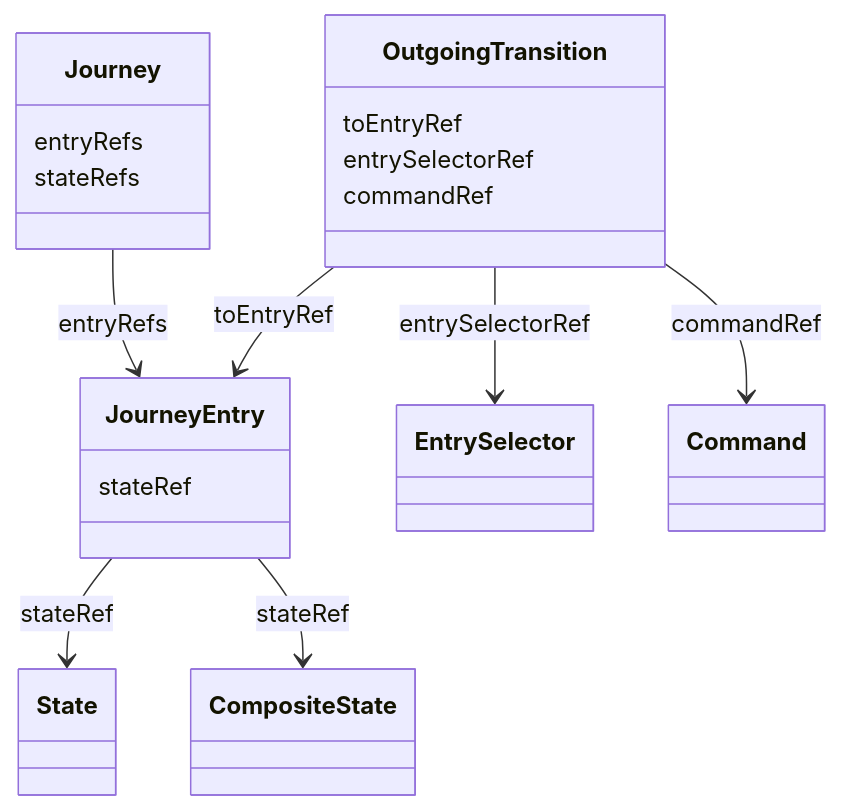
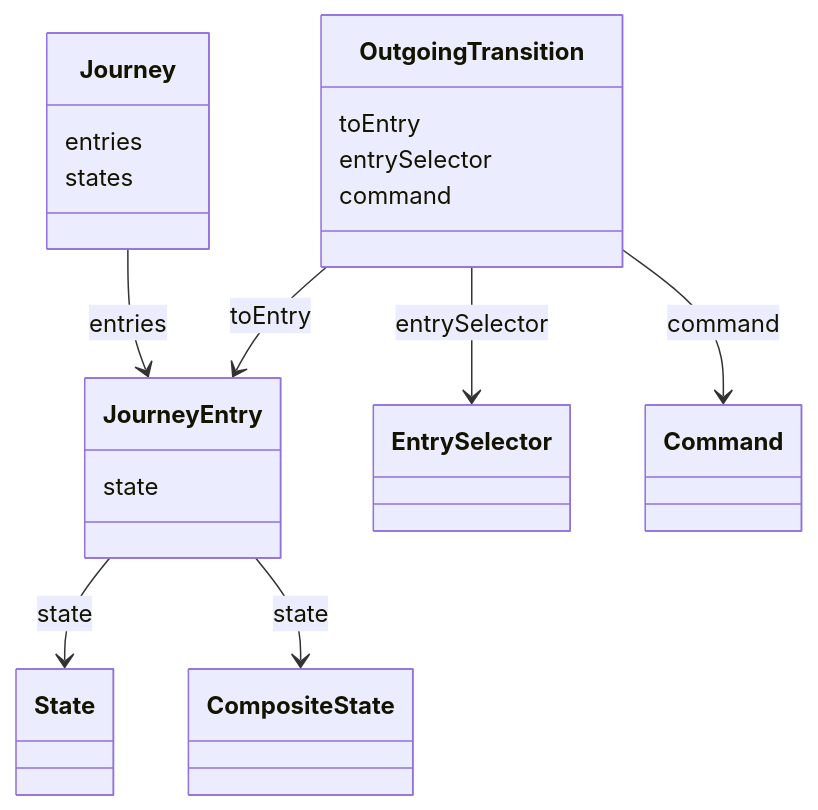
One commit to openuji/spec-ujg changed the seventh of 15 diagrams in specs/ed/graph/index.md. Above: the diagram before and after it, drawn with Mermaid. The commit also changed other lines of this file and 370 other files, not shown here.

````diff
--- a/specs/ed/graph/index.md
+++ b/specs/ed/graph/index.md
@@ -561,26 +449,26 @@
 ```mermaid
 classDiagram
   class OutgoingTransition {
-    toEntryRef
-    entrySelectorRef
-    commandRef
+    toEntry
+    entrySelector
+    command
   }
   class Journey {
-    entryRefs
-    stateRefs
+    entries
+    states
   }
   class JourneyEntry {
-    stateRef
+    state
   }
   class EntrySelector
   class State
   class CompositeState
   class Command
 
-  OutgoingTransition --> JourneyEntry : toEntryRef
-  OutgoingTransition --> EntrySelector : entrySelectorRef
-  Journey --> JourneyEntry : entryRefs
-  JourneyEntry --> State : stateRef
-  JourneyEntry --> CompositeState : stateRef
-  OutgoingTransition --> Command : commandRef
+  OutgoingTransition --> JourneyEntry : toEntry
+  OutgoingTransition --> EntrySelector : entrySelector
+  Journey --> JourneyEntry : entries
+  JourneyEntry --> State : state
+  JourneyEntry --> CompositeState : state
+  OutgoingTransition --> Command : command
 ```
````
